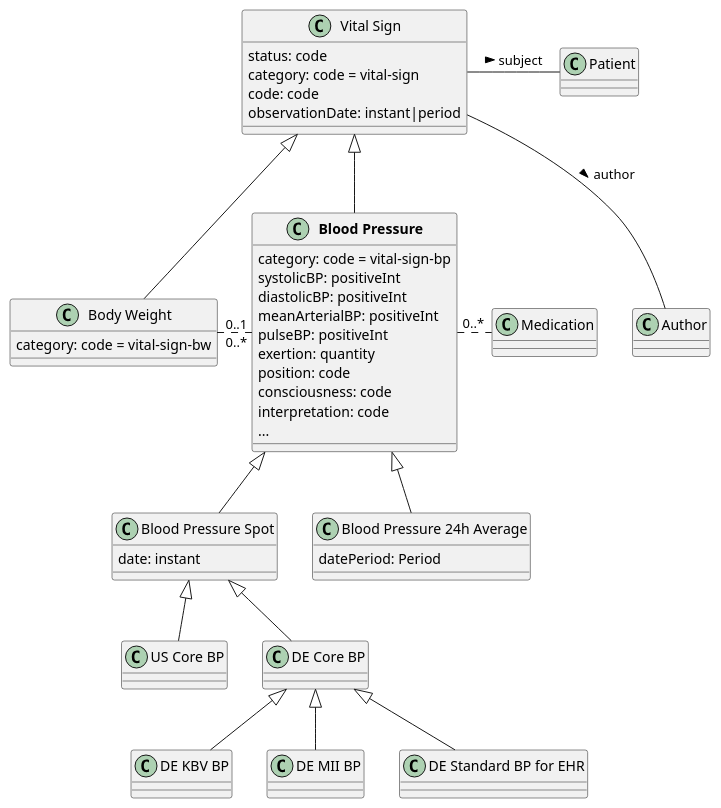
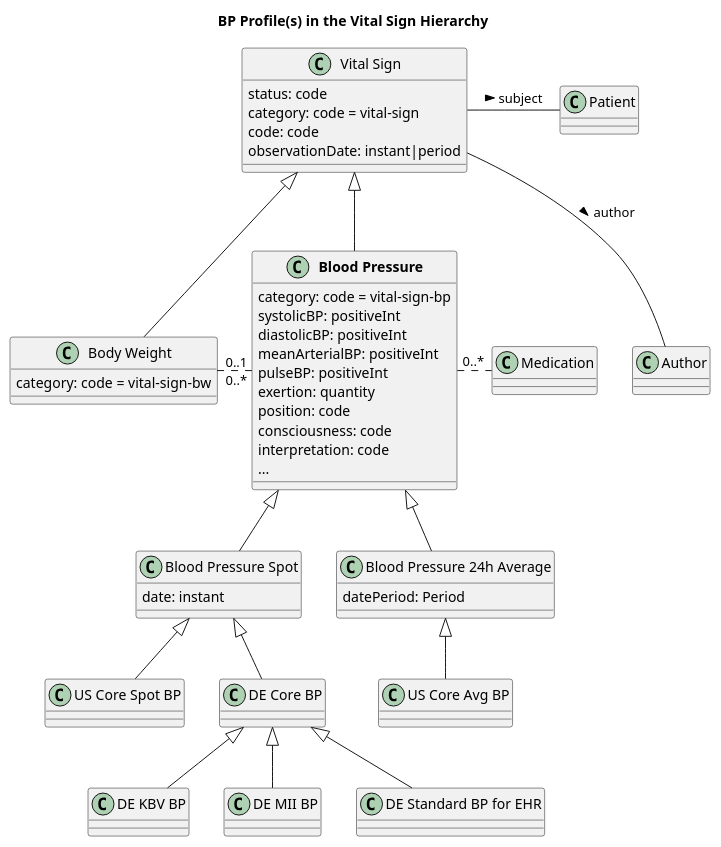
One commit to frankoemig/vital-signs-demo changed the diagram in input/images-source/bloodpressure_hierarchy.plantuml. Above: the diagram before and after it, drawn with PlantUML. The commit also changed 5 other files, not shown here.

```diff
--- a/input/images-source/bloodpressure_hierarchy.plantuml
+++ b/input/images-source/bloodpressure_hierarchy.plantuml
@@ -1,65 +1,71 @@
 @startuml
+
+title BP Profile(s) in the Vital Sign Hierarchy
 
 class "Vital Sign" as vs {
     status: code
     category: code = vital-sign
     code: code
     observationDate: instant|period
 }
 
 class "**Blood Pressure**" as bp {
     category: code = vital-sign-bp
     systolicBP: positiveInt
     diastolicBP: positiveInt
     meanArterialBP: positiveInt
     pulseBP: positiveInt
     exertion: quantity
     position: code
     consciousness: code
     interpretation: code
     ...
 }
 
 class "Body Weight" as bw {
     category: code = vital-sign-bw
 }
 
 class "Medication" as medic 
 
 class "Blood Pressure Spot" as bps {
     date: instant
 }
 
 class "Blood Pressure 24h Average" as bpa {
     datePeriod: Period
 }
 
 class "Patient" as pat
 class "Author" as aut
 
-class "US Core BP" as usbp 
+class "US Core Spot BP" as usbp1 
 class "DE Core BP" as debp
 vs <|-- bp
 vs <|-- bw
+
+class "US Core Avg BP" as usbp2 
 
 vs -right- pat : subject >
 vs -- aut : author >
 
 bp <|-- bps
 bp <|-- bpa
 
-bps <|-- usbp
+bpa <|-- usbp2
+
+bps <|-- usbp1
 bps <|-- debp
 
 bp "0..*" ..left. "0..1" bw
 bp .right.. "0..*" medic
 
 class "DE KBV BP" as dekbvbp
 class "DE MII BP" as demiibp
 class "DE Standard BP for EHR" as deehrbp
 
 debp <|-- dekbvbp
 debp <|-- demiibp
 debp <|-- deehrbp
 
 @enduml
```
